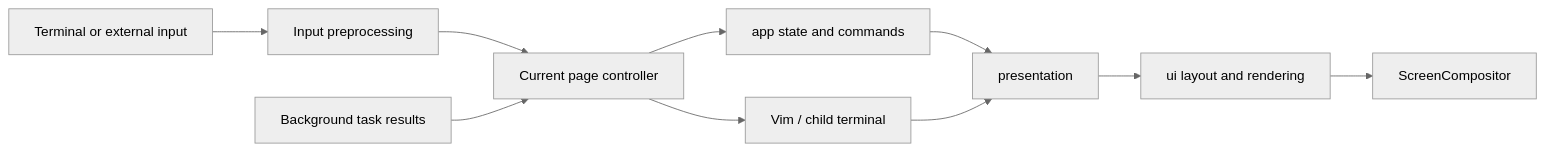
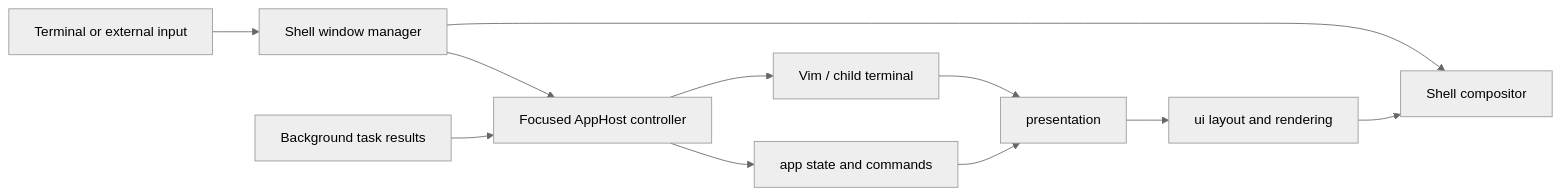
The diagram in crates/shell/README.md (peixuanthomas/TundraUX3), drawn with Mermaid (neutral theme) before and after one commit. The commit also changed other lines of this file and 147 other files, not shown here.

````diff
--- a/crates/shell/README.md
+++ b/crates/shell/README.md
@@ -34,12 +38,13 @@
 ```mermaid
 flowchart LR
-    Input[Terminal or external input] --> Prepare[Input preprocessing]
-    Prepare --> Controller[Current page controller]
+    Input[Terminal or external input] --> Shell[Shell window manager]
+    Shell --> Controller[Focused AppHost controller]
     Controller --> App[app state and commands]
     Controller --> Vim[Vim / child terminal]
     App --> Present[presentation]
     Vim --> Present
     Present --> UI[ui layout and rendering]
-    UI --> Compose[ScreenCompositor]
+    UI --> Compose[Shell compositor]
+    Shell --> Compose
     Jobs[Background task results] --> Controller
 ```
````
